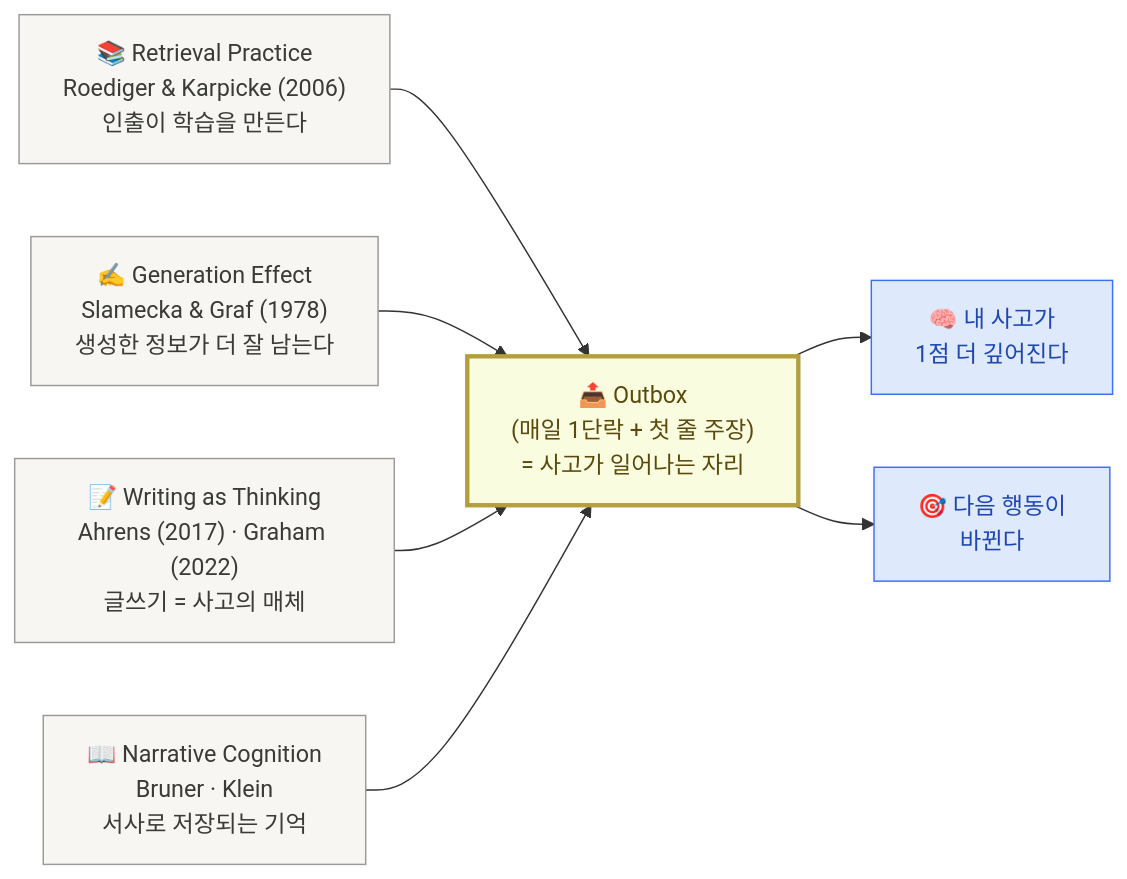
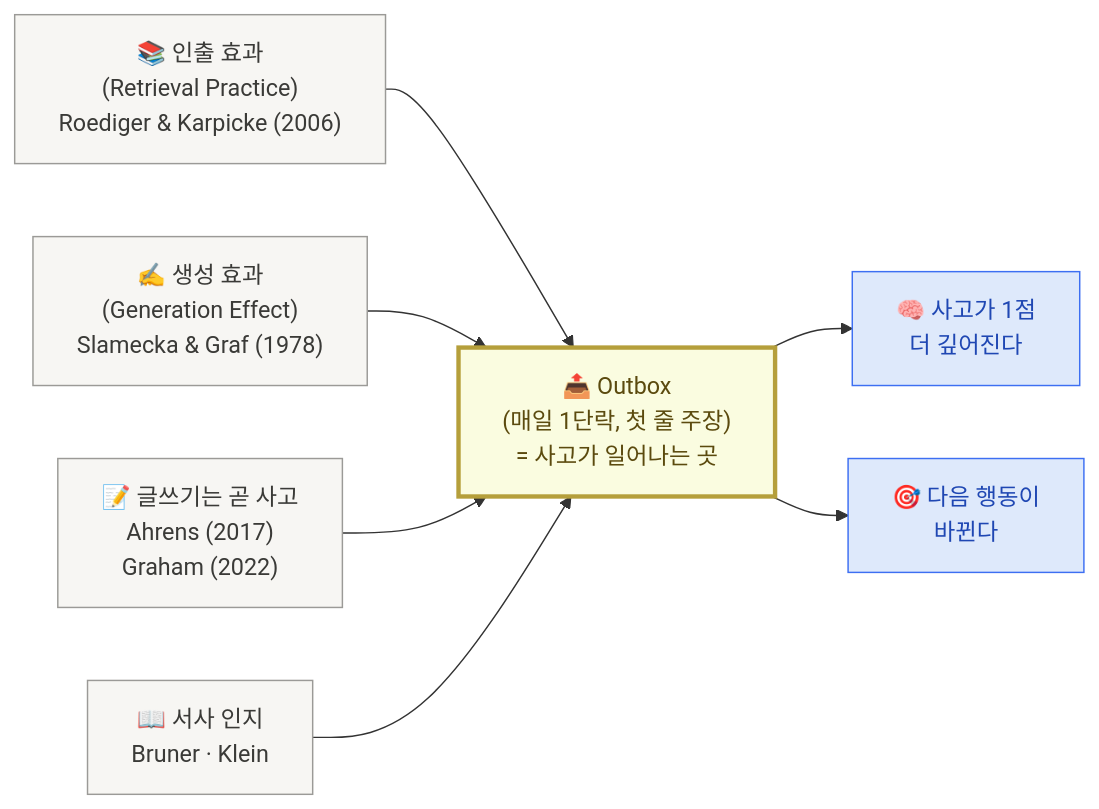
One commit to effectiveai-io/my-learning-agent changed the second of 3 diagrams in content/week2/mechanism.mdx. Above: the diagram before and after it, drawn with Mermaid. The commit also changed other lines of this file and 1 other file, not shown here.

````diff
--- a/content/week2/mechanism.mdx
+++ b/content/week2/mechanism.mdx
@@ -85,26 +92,26 @@
 ```mermaid
 flowchart LR
-    R["📚 Retrieval Practice<br/>Roediger & Karpicke (2006)<br/>인출이 학습을 만든다"]
-    G["✍️ Generation Effect<br/>Slamecka & Graf (1978)<br/>생성한 정보가 더 잘 남는다"]
-    A["📝 Writing as Thinking<br/>Ahrens (2017) · Graham (2022)<br/>글쓰기 = 사고의 매체"]
-    N["📖 Narrative Cognition<br/>Bruner · Klein<br/>서사로 저장되는 기억"]
+    R["📚 인출 효과<br/>(Retrieval Practice)<br/>Roediger & Karpicke (2006)"]
+    G["✍️ 생성 효과<br/>(Generation Effect)<br/>Slamecka & Graf (1978)"]
+    A["📝 글쓰기는 곧 사고<br/>Ahrens (2017)<br/>Graham (2022)"]
+    N["📖 서사 인지<br/>Bruner · Klein"]
 
-    Out["📤 Outbox<br/>(매일 1단락 + 첫 줄 주장)<br/>= 사고가 일어나는 자리"]
+    Out["📤 Outbox<br/>(매일 1단락, 첫 줄 주장)<br/>= 사고가 일어나는 곳"]
 
-    Think["🧠 내 사고가<br/>1점 더 깊어진다"]
+    Think["🧠 사고가 1점<br/>더 깊어진다"]
     Act["🎯 다음 행동이<br/>바뀐다"]
 
     R --> Out
     G --> Out
     A --> Out
     N --> Out
     Out --> Think
     Out --> Act
 
     classDef src fill:#f7f6f3,stroke:#9b9a97,color:#3a3a37
     classDef out fill:#fafce0,stroke:#b59f3b,stroke-width:3px,color:#5b4a0e
     classDef result fill:#dee9fb,stroke:#3d6ff2,color:#1f47b3
     class R,G,A,N src
     class Out out
     class Think,Act result
 ```
````
